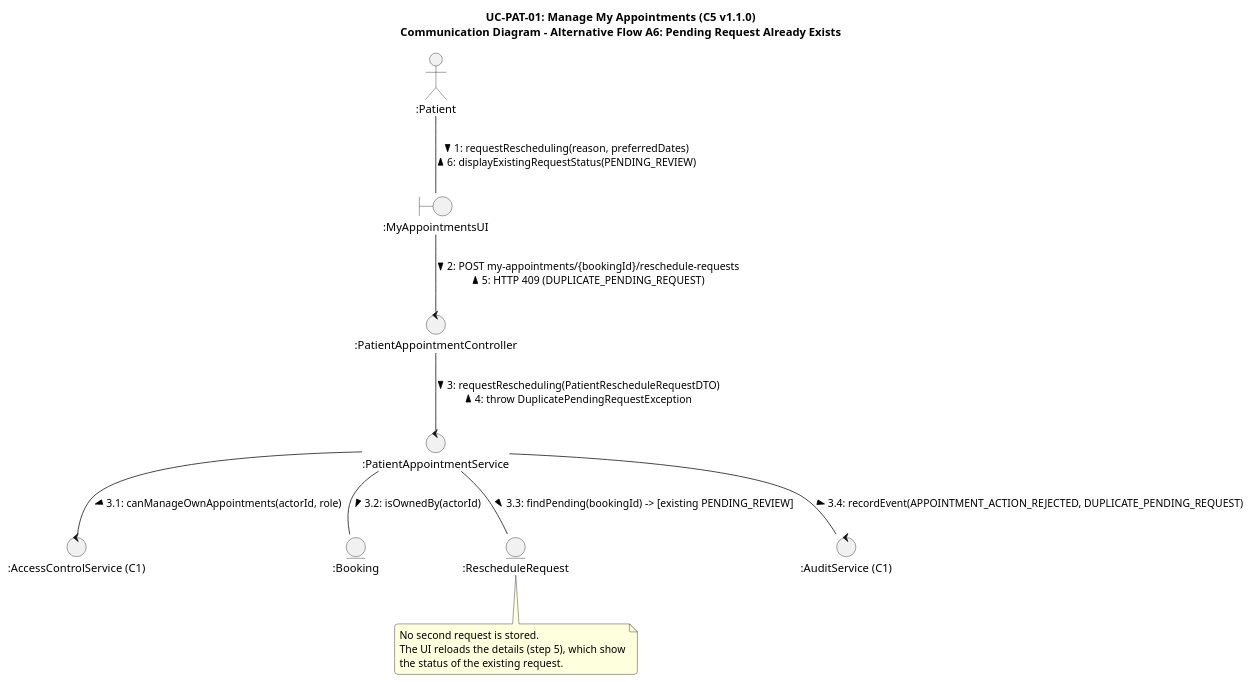
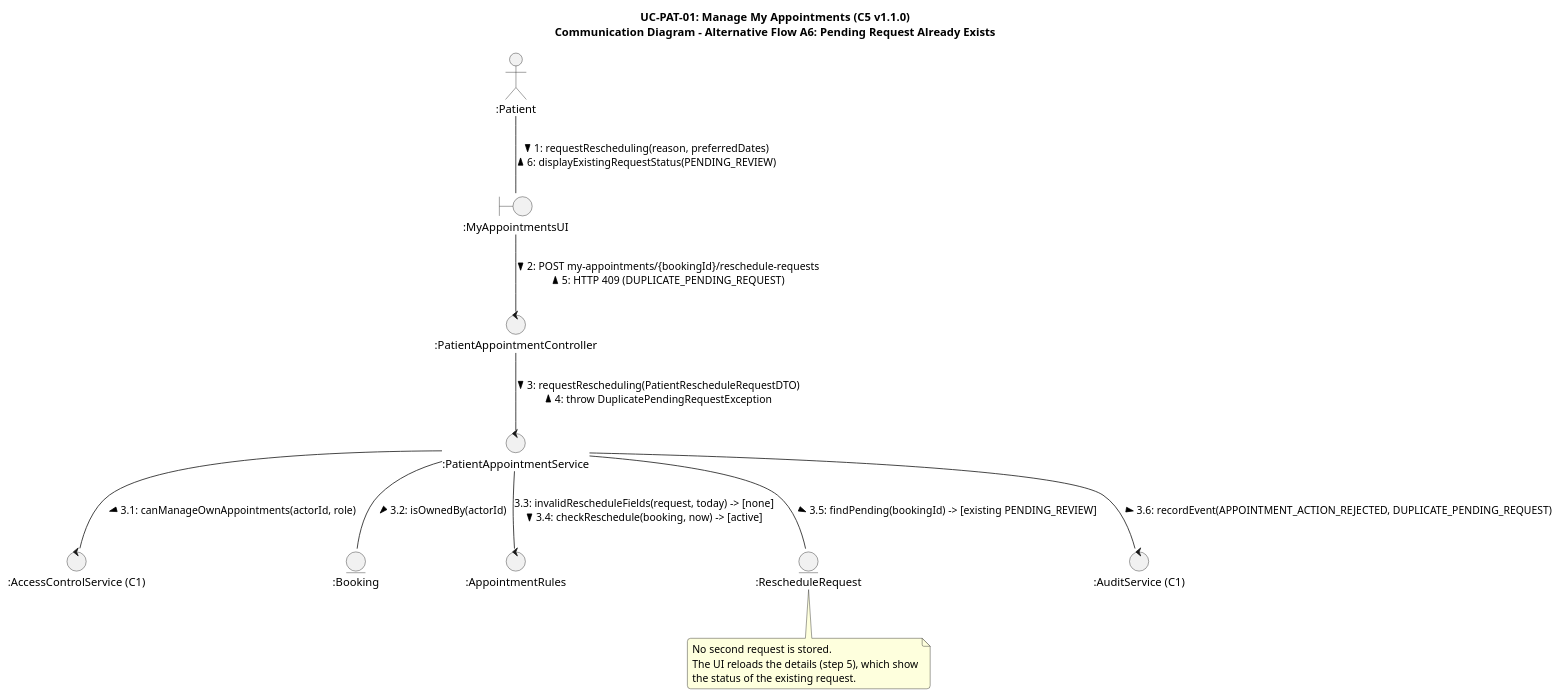
The diagram in docs/diagrams/UC-PAT-01/uc-pat-01-comm-alt-a6.puml (paticama/ISO26-ISO2-A1.01), drawn with PlantUML before and after one commit. The commit also changed 7 other files, not shown here.

First line of the commit message:
docs(admissions): align UC-PAT-01 design diagrams with the server slice (C5 v1.1.0)

```diff
--- a/docs/diagrams/UC-PAT-01/uc-pat-01-comm-alt-a6.puml
+++ b/docs/diagrams/UC-PAT-01/uc-pat-01-comm-alt-a6.puml
@@ -1,36 +1,39 @@
 @startuml uc-pat-01-comm-alt-a6
 skinparam backgroundColor #FFFFFF
 skinparam shadowing false
 skinparam roundcorner 8
 
 title UC-PAT-01: Manage My Appointments (C5 v1.1.0)\nCommunication Diagram - Alternative Flow A6: Pending Request Already Exists
 
 actor ":Patient" as pat
 boundary ":MyAppointmentsUI" as ui
 control ":PatientAppointmentController" as ctrl
 control ":PatientAppointmentService" as srv
 control ":AccessControlService (C1)" as c1
 entity ":Booking" as booking
+control ":AppointmentRules" as rules
 entity ":RescheduleRequest" as req
 control ":AuditService (C1)" as audit
 
 pat -- ui : 1: requestRescheduling(reason, preferredDates) >\n< 6: displayExistingRequestStatus(PENDING_REVIEW)
 
 ui -- ctrl : 2: POST my-appointments/{bookingId}/reschedule-requests >\n< 5: HTTP 409 (DUPLICATE_PENDING_REQUEST)
 
 ctrl -- srv : 3: requestRescheduling(PatientRescheduleRequestDTO) >\n< 4: throw DuplicatePendingRequestException
 
 srv -- c1 : 3.1: canManageOwnAppointments(actorId, role) >
 
 srv -- booking : 3.2: isOwnedBy(actorId) >
 
-srv -- req : 3.3: findPending(bookingId) -> [existing PENDING_REVIEW] >
+srv -- rules : 3.3: invalidRescheduleFields(request, today) -> [none]\n3.4: checkReschedule(booking, now) -> [active] >
 
-srv -- audit : 3.4: recordEvent(APPOINTMENT_ACTION_REJECTED, DUPLICATE_PENDING_REQUEST) >
+srv -- req : 3.5: findPending(bookingId) -> [existing PENDING_REVIEW] >
+
+srv -- audit : 3.6: recordEvent(APPOINTMENT_ACTION_REJECTED, DUPLICATE_PENDING_REQUEST) >
 
 note bottom of req
   No second request is stored.
   The UI reloads the details (step 5), which show
   the status of the existing request.
 end note
 @enduml
```
